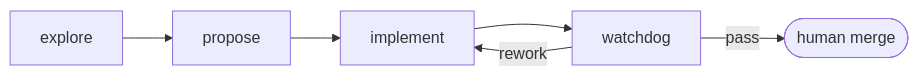
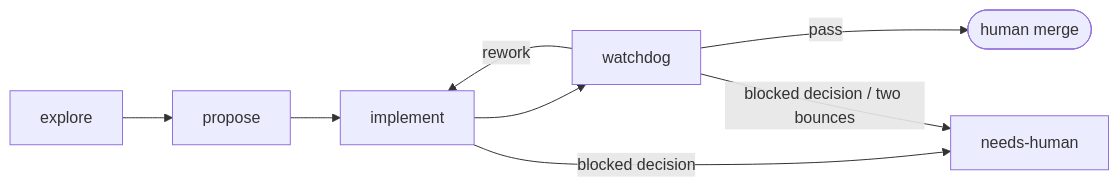
The diagram in README.md (vicrdguez/skills), drawn with Mermaid before and after one commit. The commit also changed other lines of this file and 13 other files, not shown here.

````diff
--- a/README.md
+++ b/README.md
@@ -22,6 +22,8 @@
 ```mermaid
 flowchart LR
     explore[explore] --> propose[propose] --> implement[implement] --> watchdog[watchdog]
     watchdog -->|pass| merge([human merge])
     watchdog -->|rework| implement
+    implement -->|blocked decision| human[needs-human]
+    watchdog -->|blocked decision / two bounces| human
 ```
````
